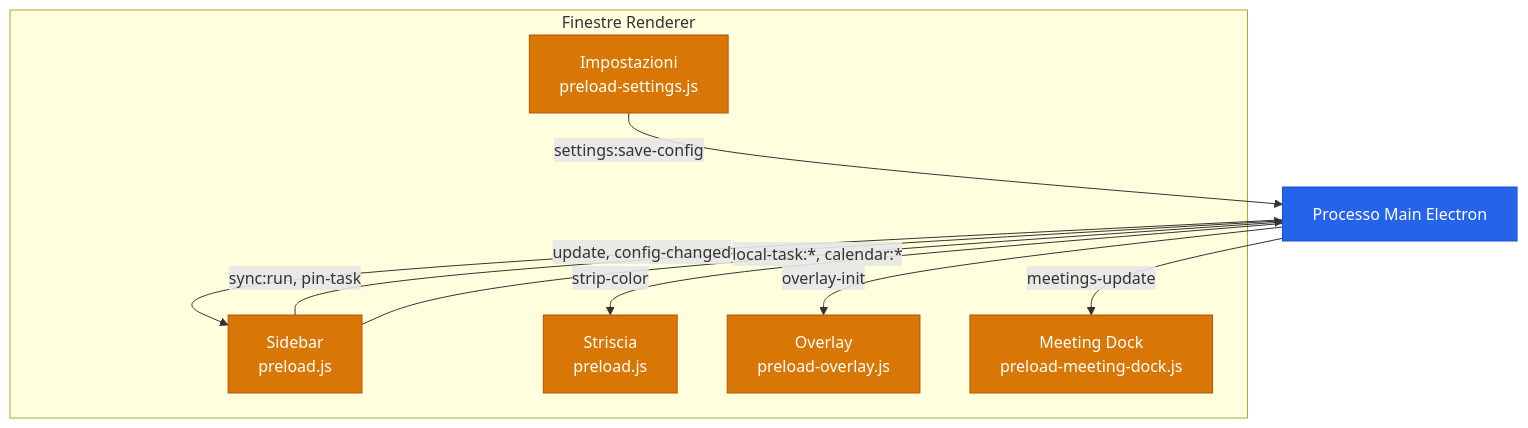
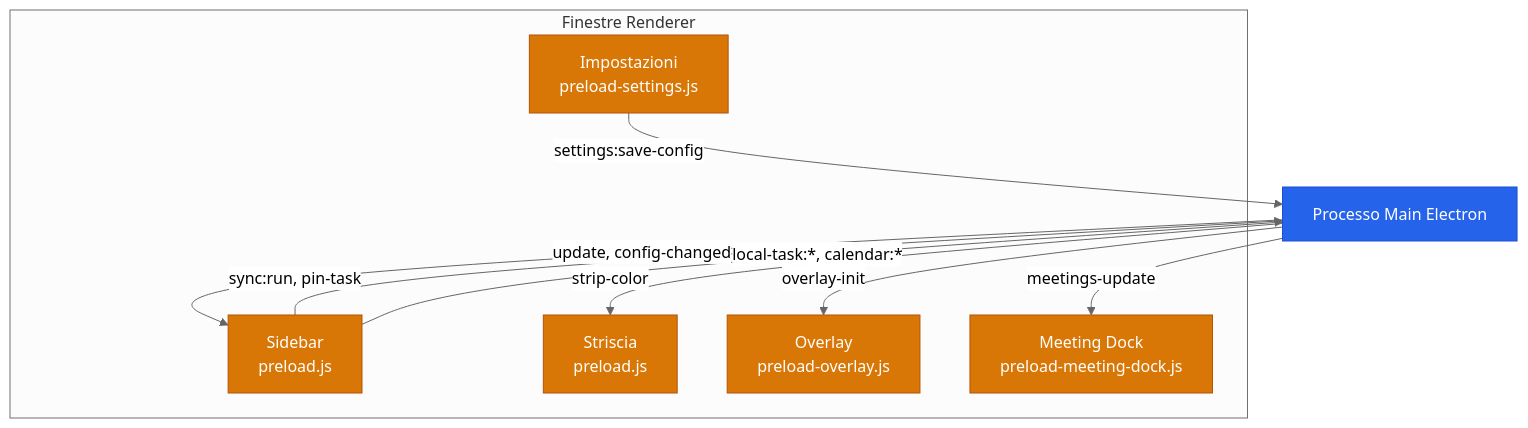
Before and after one commit to AndreaBonn/deadline-aura: the fourth of 4 diagrams in docs/ARCHITECTURE.it.md, drawn with Mermaid. The commit also changed 3 other files, not shown here.

Commit message:
fix(docs): switch Mermaid diagrams to neutral theme for dark mode readability

````diff
--- a/docs/ARCHITECTURE.it.md
+++ b/docs/ARCHITECTURE.it.md
@@ -140,29 +140,29 @@
 ```mermaid
-%%{init: {'theme': 'default'}}%%
+%%{init: {'theme': 'neutral'}}%%
 graph TD
   main["Processo Main Electron"]
 
   subgraph renderers["Finestre Renderer"]
     sidebar["Sidebar<br/>preload.js"]
     strip["Striscia<br/>preload.js"]
     overlay["Overlay<br/>preload-overlay.js"]
     settings["Impostazioni<br/>preload-settings.js"]
     meet_dock["Meeting Dock<br/>preload-meeting-dock.js"]
   end
 
   main -->|"update, config-changed"| sidebar
   main -->|"strip-color"| strip
   main -->|"overlay-init"| overlay
   main -->|"meetings-update"| meet_dock
 
   sidebar -->|"sync:run, pin-task"| main
   sidebar -->|"local-task:*, calendar:*"| main
   settings -->|"settings:save-config"| main
 
   classDef core fill:#2563eb,stroke:#1d4ed8,color:#fff
   classDef data fill:#d97706,stroke:#b45309,color:#fff
   classDef ext fill:#6b7280,stroke:#4b5563,color:#fff
 
   class main core
   class sidebar,strip,overlay,settings,meet_dock data
 ```
````
